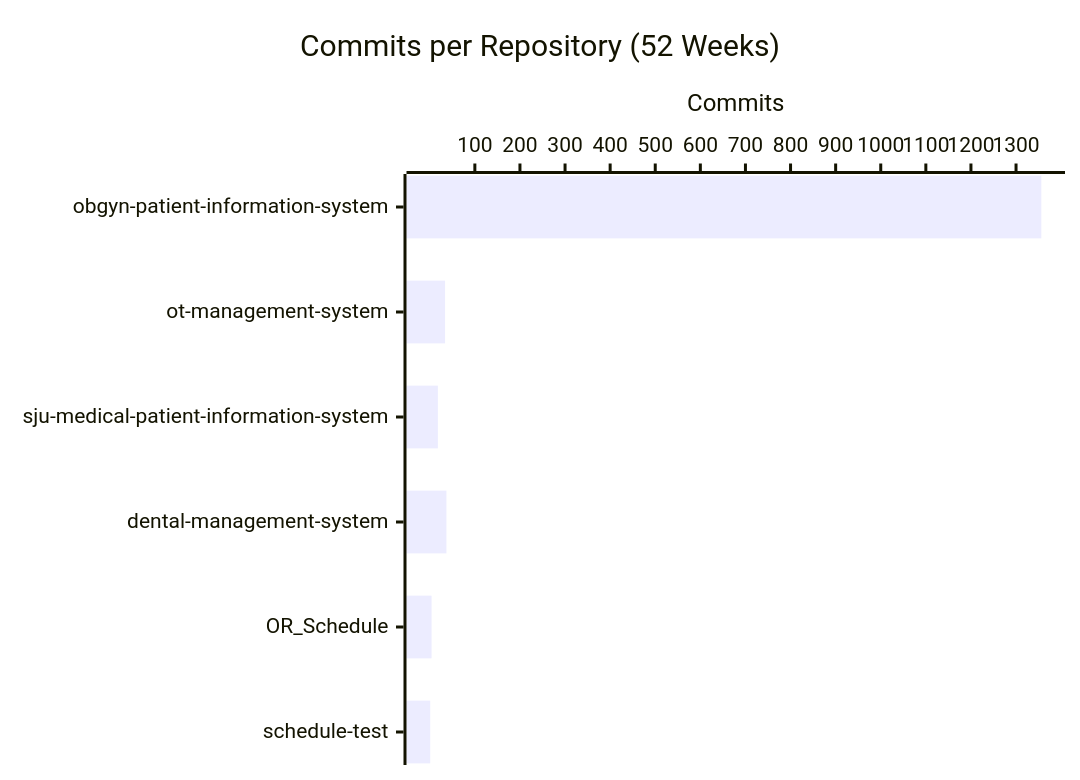
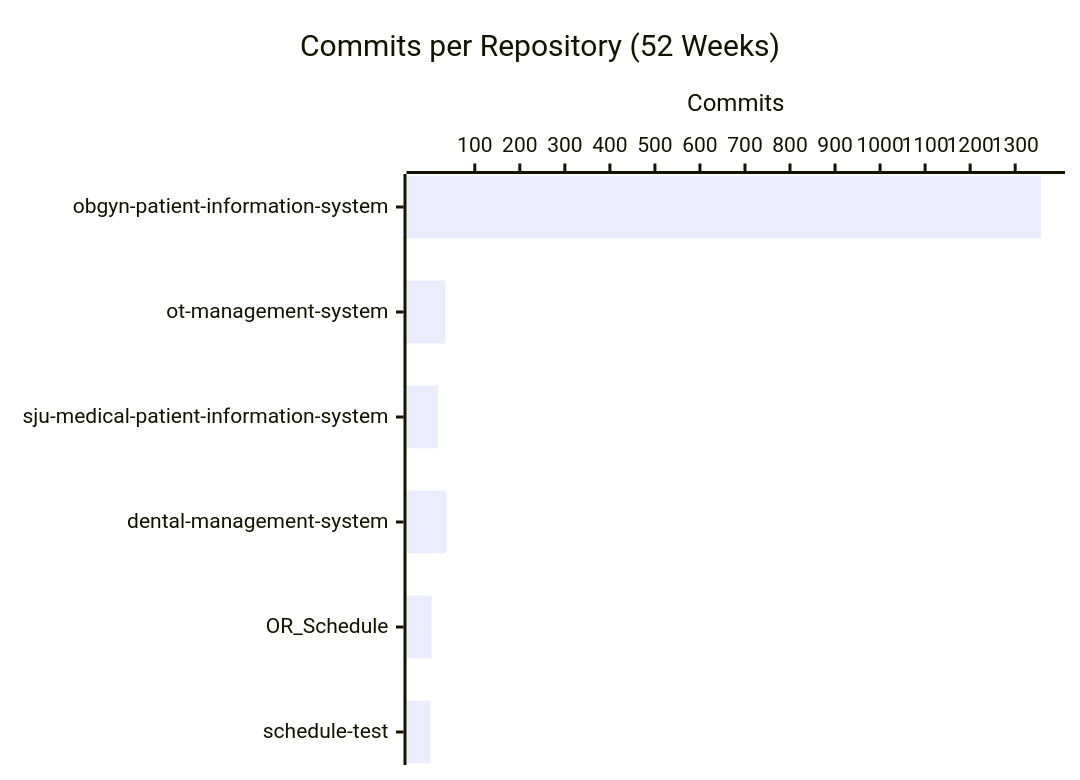
Before and after one commit to CSTH-Projects/.github: the second of 4 diagrams in profile/README.md, drawn with Mermaid. The commit also changed other lines of this file, not shown here.

````diff
--- a/profile/README.md
+++ b/profile/README.md
@@ -24,7 +24,7 @@
 ```mermaid
 xychart-beta horizontal
     title "Commits per Repository (52 Weeks)"
     x-axis ["obgyn-patient-information-system", "ot-management-system", "sju-medical-patient-information-system", "dental-management-system", "OR_Schedule", "schedule-test"]
     y-axis "Commits"
-    bar [1356, 34, 18, 37, 4, 1]
+    bar [1358, 34, 18, 37, 4, 1]
 ```
````
